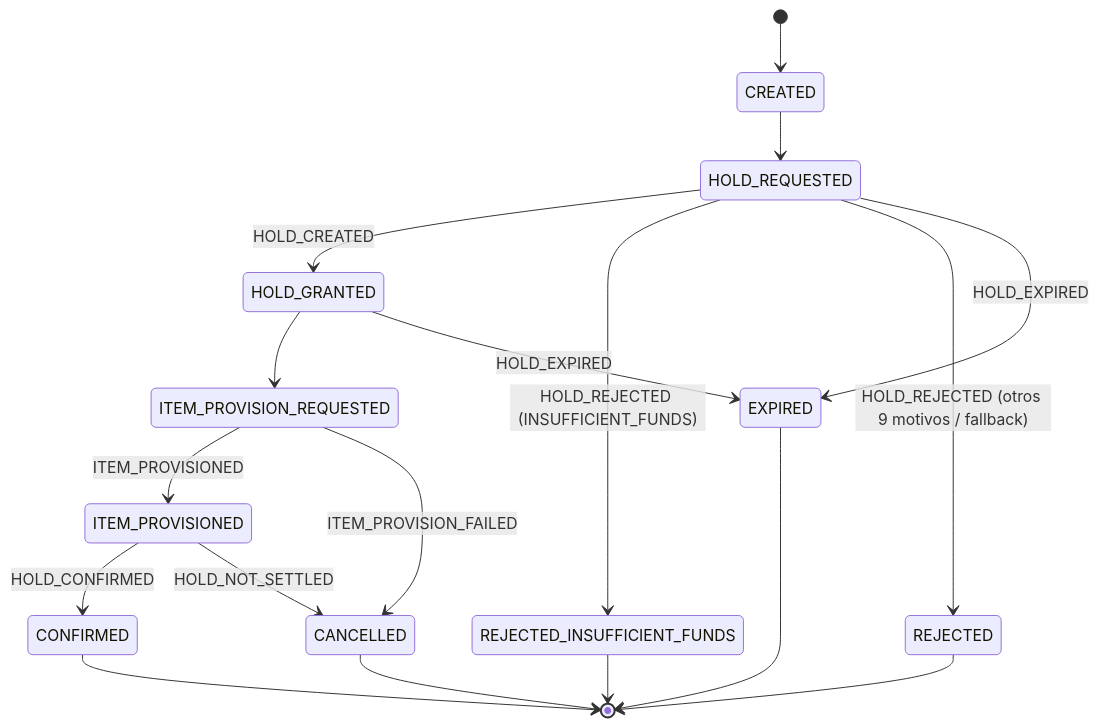
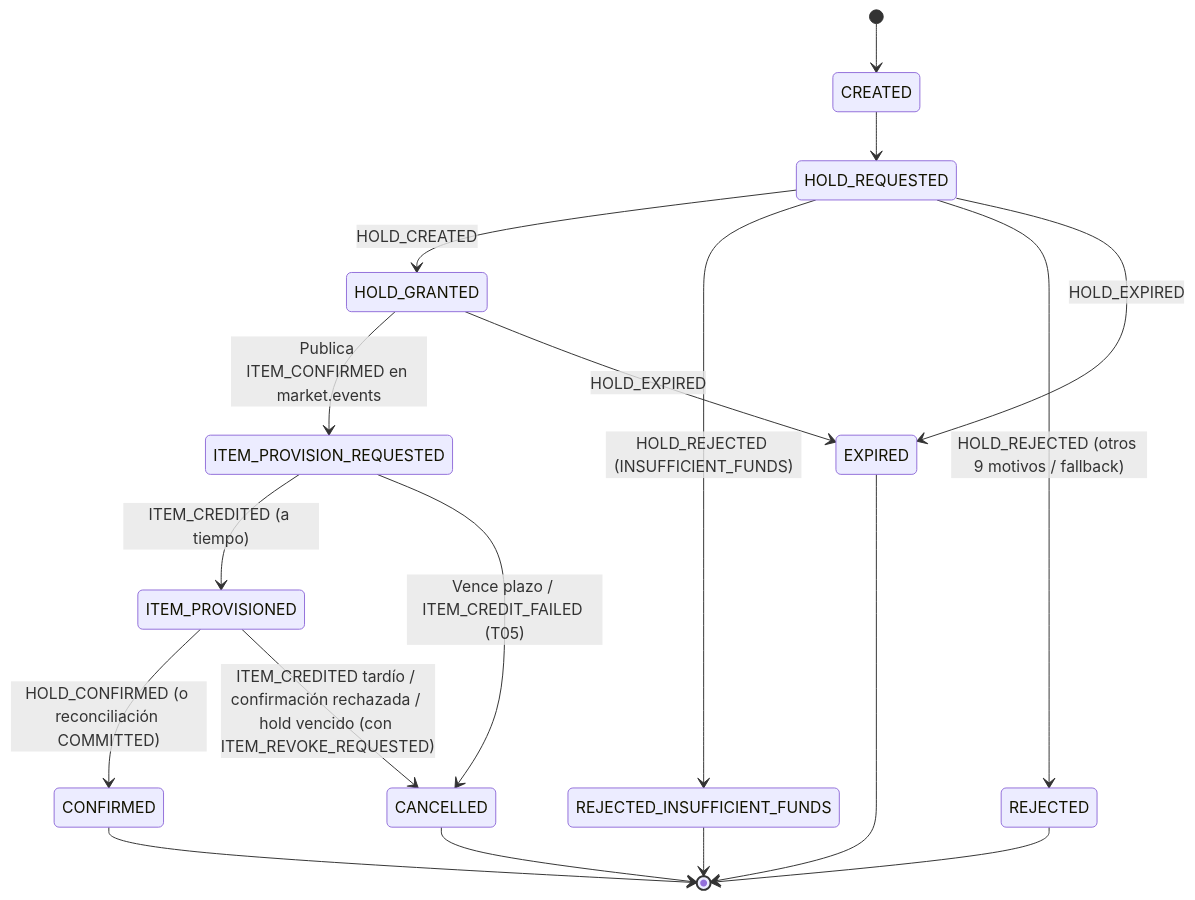
The diagram in 02 - Areas/Dominio Mercado/Orden de compra.md (ValentinoMellia/tpi-market-vault), drawn with Mermaid before and after one commit. The commit also changed other lines of this file and 22 other files, not shown here.

````diff
--- a/02 - Areas/Dominio Mercado/Orden de compra.md
+++ b/02 - Areas/Dominio Mercado/Orden de compra.md
@@ -32,20 +33,20 @@
 ```mermaid
 stateDiagram-v2
     [*] --> CREATED
     CREATED --> HOLD_REQUESTED
     HOLD_REQUESTED --> HOLD_GRANTED : HOLD_CREATED
     HOLD_REQUESTED --> REJECTED_INSUFFICIENT_FUNDS : HOLD_REJECTED (INSUFFICIENT_FUNDS)
     HOLD_REQUESTED --> REJECTED : HOLD_REJECTED (otros 9 motivos / fallback)
     HOLD_REQUESTED --> EXPIRED : HOLD_EXPIRED
-    HOLD_GRANTED --> ITEM_PROVISION_REQUESTED
+    HOLD_GRANTED --> ITEM_PROVISION_REQUESTED : Publica ITEM_CONFIRMED en market.events
     HOLD_GRANTED --> EXPIRED : HOLD_EXPIRED
-    ITEM_PROVISION_REQUESTED --> ITEM_PROVISIONED : ITEM_PROVISIONED
-    ITEM_PROVISION_REQUESTED --> CANCELLED : ITEM_PROVISION_FAILED
-    ITEM_PROVISIONED --> CONFIRMED : HOLD_CONFIRMED
-    ITEM_PROVISIONED --> CANCELLED : HOLD_NOT_SETTLED
+    ITEM_PROVISION_REQUESTED --> ITEM_PROVISIONED : ITEM_CREDITED (a tiempo)
+    ITEM_PROVISION_REQUESTED --> CANCELLED : Vence plazo / ITEM_CREDIT_FAILED (T05)
+    ITEM_PROVISIONED --> CONFIRMED : HOLD_CONFIRMED (o reconciliación COMMITTED)
+    ITEM_PROVISIONED --> CANCELLED : ITEM_CREDITED tardío / confirmación rechazada / hold vencido (con ITEM_REVOKE_REQUESTED)
     CONFIRMED --> [*]
     REJECTED_INSUFFICIENT_FUNDS --> [*]
     REJECTED --> [*]
     CANCELLED --> [*]
     EXPIRED --> [*]
 ```
````
